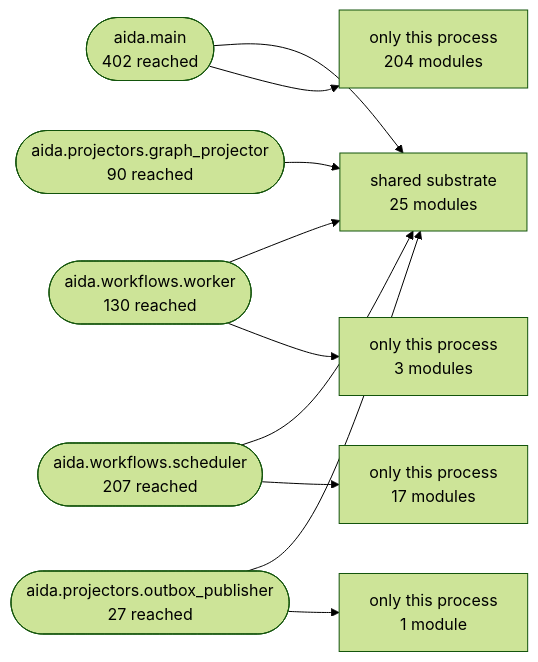
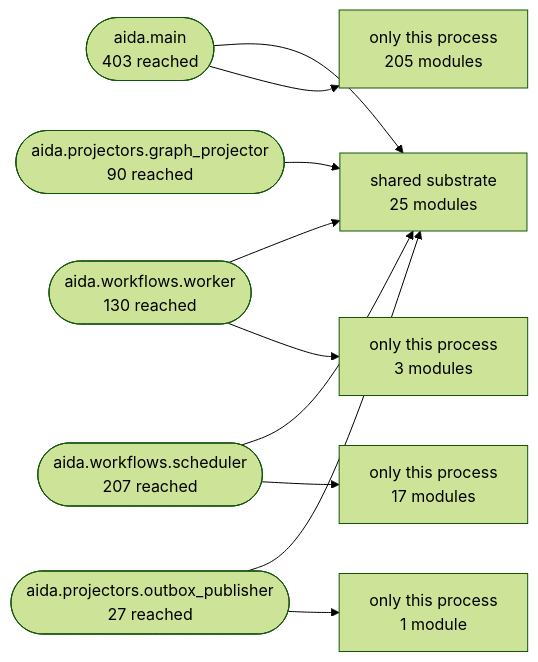
One commit to karuppusamym/AIDataAnalyst changed the second of 3 diagrams in Docs/10-architecture/14-generated-architecture-map.md. Above: the diagram before and after it, drawn with Mermaid (forest theme). The commit also changed other lines of this file and 12 other files, not shown here.

````diff
--- a/Docs/10-architecture/14-generated-architecture-map.md
+++ b/Docs/10-architecture/14-generated-architecture-map.md
@@ -178,22 +178,22 @@
 ```mermaid
 graph LR
   shared["shared substrate<br/>25 modules"]
-  aida_main(["aida.main<br/>402 reached"])
+  aida_main(["aida.main<br/>403 reached"])
   aida_workflows_worker(["aida.workflows.worker<br/>130 reached"])
   aida_workflows_scheduler(["aida.workflows.scheduler<br/>207 reached"])
   aida_projectors_graph_projector(["aida.projectors.graph_projector<br/>90 reached"])
   aida_projectors_outbox_publisher(["aida.projectors.outbox_publisher<br/>27 reached"])
   aida_main --> shared
-  only_aida_main["only this process<br/>204 modules"]
+  only_aida_main["only this process<br/>205 modules"]
   aida_main --> only_aida_main
   aida_workflows_worker --> shared
   only_aida_workflows_worker["only this process<br/>3 modules"]
   aida_workflows_worker --> only_aida_workflows_worker
   aida_workflows_scheduler --> shared
   only_aida_workflows_scheduler["only this process<br/>17 modules"]
   aida_workflows_scheduler --> only_aida_workflows_scheduler
   aida_projectors_graph_projector --> shared
   aida_projectors_outbox_publisher --> shared
   only_aida_projectors_outbox_publisher["only this process<br/>1 module"]
   aida_projectors_outbox_publisher --> only_aida_projectors_outbox_publisher
 ```
````
